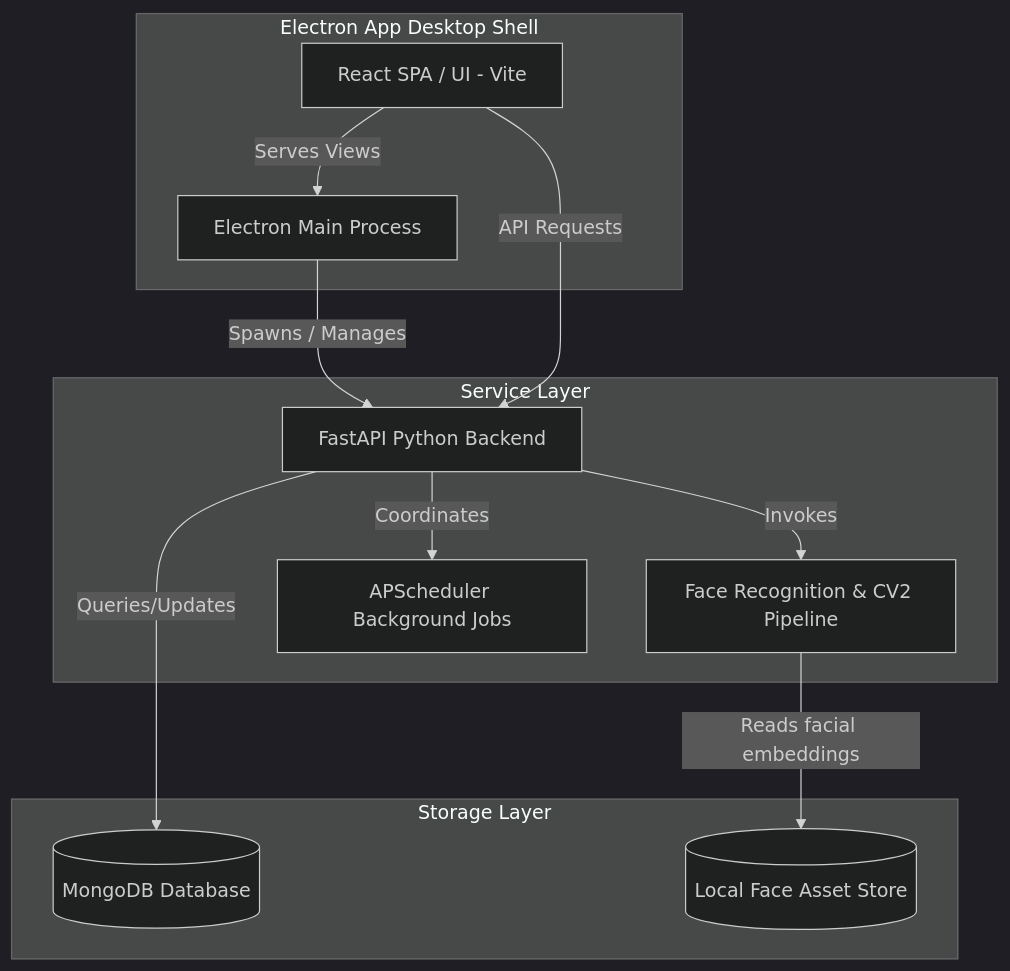
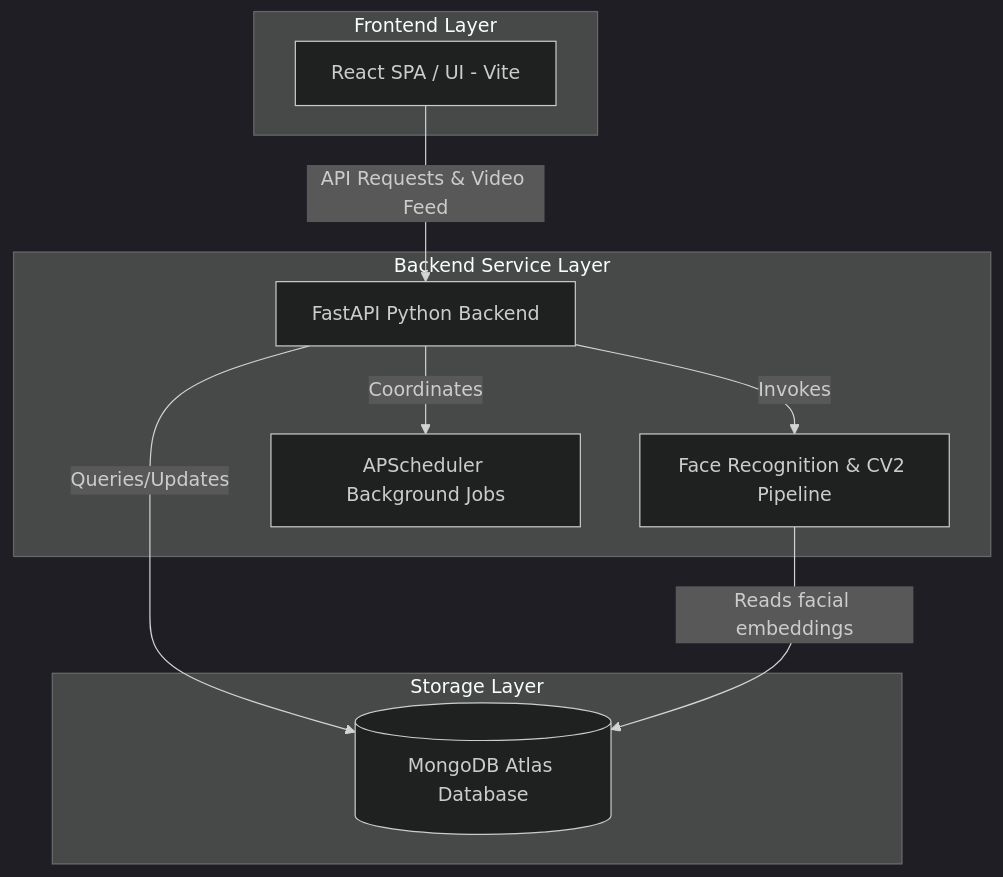
The diagram in README.md (Aravind22s/Attendance_Tracking_system), drawn with Mermaid (dark theme) before and after one commit. The commit also changed other lines of this file, not shown here.

````diff
--- a/README.md
+++ b/README.md
@@ -18,26 +39,22 @@
 ```mermaid
 flowchart TB
-    subgraph Desktop [Electron App Desktop Shell]
-        Electron[Electron Main Process]
+    subgraph WebInterface [Frontend Layer]
         ReactUI[React SPA / UI - Vite]
     end
 
-    subgraph ServiceLayer [Service Layer]
+    subgraph ServiceLayer [Backend Service Layer]
         FastAPI[FastAPI Python Backend]
         FaceRec[Face Recognition & CV2 Pipeline]
         Scheduler[APScheduler Background Jobs]
     end
 
     subgraph Storage [Storage Layer]
-        MongoDB[(MongoDB Database)]
-        LocalAssets[(Local Face Asset Store)]
+        MongoDB[(MongoDB Atlas Database)]
     end
 
-    Electron -->|Spawns / Manages| FastAPI
-    ReactUI -->|API Requests| FastAPI
-    ReactUI -->|Serves Views| Electron
+    ReactUI -->|API Requests & Video Feed| FastAPI
     FastAPI -->|Queries/Updates| MongoDB
     FastAPI -->|Invokes| FaceRec
     FastAPI -->|Coordinates| Scheduler
-    FaceRec -->|Reads facial embeddings| LocalAssets
+    FaceRec -->|Reads facial embeddings| MongoDB
 ```
````
